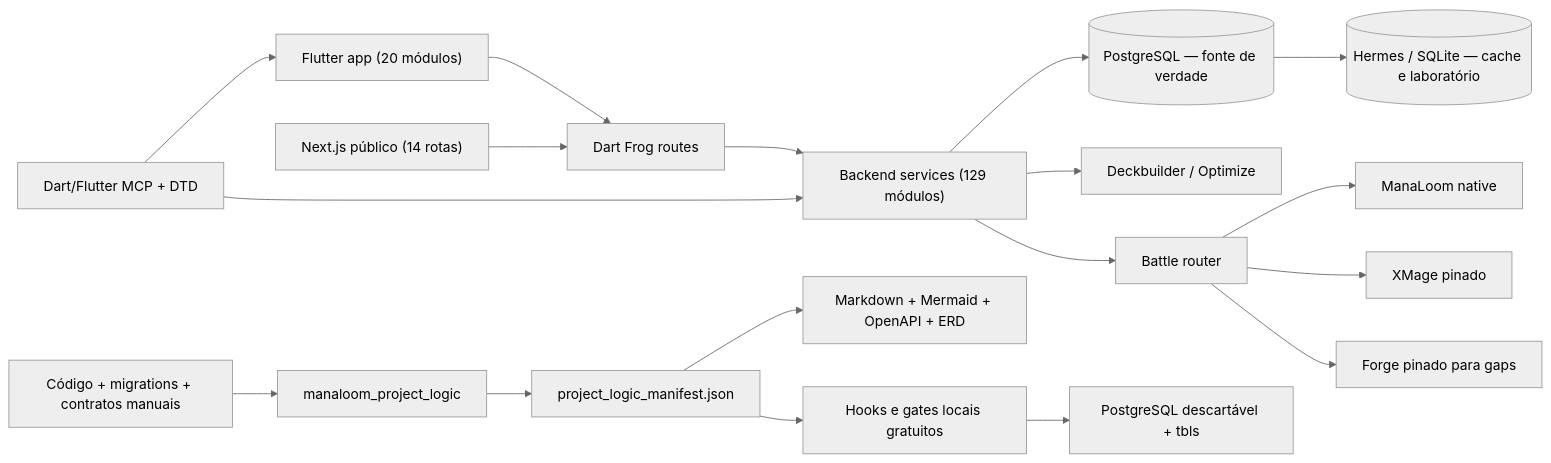
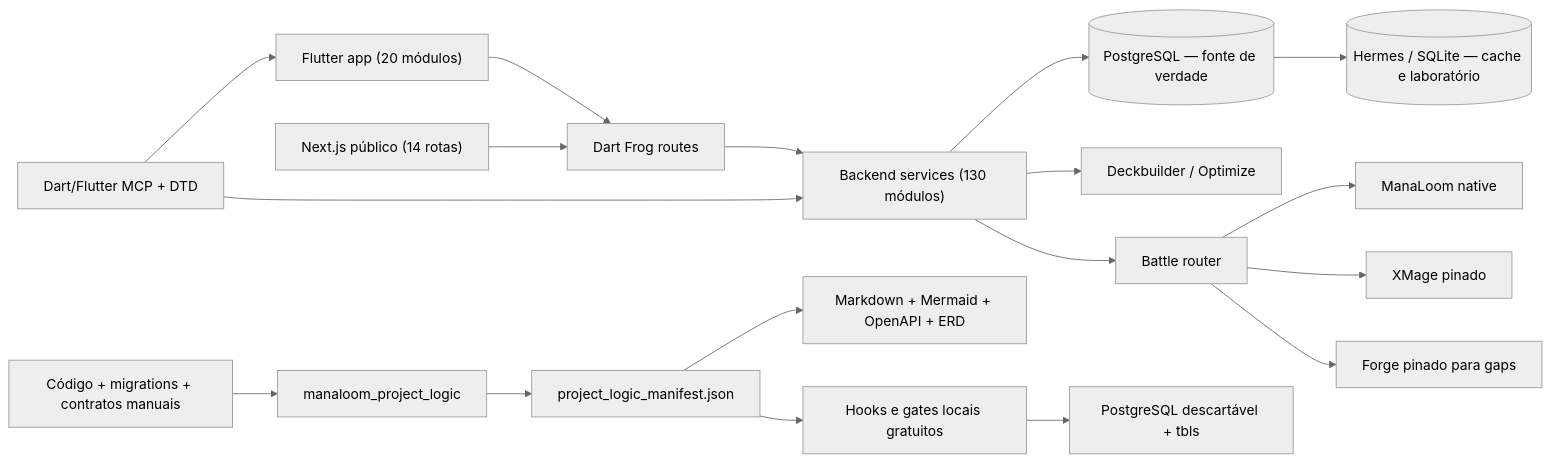
One commit to softwarePredador/mtgia changed the diagram in docs/generated/ARCHITECTURE.md. Above: the diagram before and after it, drawn with Mermaid (neutral theme). The commit also changed 728 other files, not shown here.

````diff
--- a/docs/generated/ARCHITECTURE.md
+++ b/docs/generated/ARCHITECTURE.md
@@ -5,20 +5,20 @@
 ```mermaid
 flowchart LR
     UI["Flutter app (20 módulos)"] --> API["Dart Frog routes"]
     WEB["Next.js público (14 rotas)"] --> API
-    API --> DOMAIN["Backend services (129 módulos)"]
+    API --> DOMAIN["Backend services (130 módulos)"]
     DOMAIN --> PG[("PostgreSQL — fonte de verdade")]
     DOMAIN --> AI["Deckbuilder / Optimize"]
     DOMAIN --> BATTLE["Battle router"]
     BATTLE --> NATIVE["ManaLoom native"]
     BATTLE --> XMAGE["XMage pinado"]
     BATTLE --> FORGE["Forge pinado para gaps"]
     PG --> HERMES[("Hermes / SQLite — cache e laboratório")]
     SRC["Código + migrations + contratos manuais"] --> GEN["manaloom_project_logic"]
     GEN --> MANIFEST["project_logic_manifest.json"]
     MANIFEST --> DOCS["Markdown + Mermaid + OpenAPI + ERD"]
     MANIFEST --> LOCAL["Hooks e gates locais gratuitos"]
     LOCAL --> TBLS["PostgreSQL descartável + tbls"]
     MCP["Dart/Flutter MCP + DTD"] --> UI
     MCP --> DOMAIN
 ```
````
